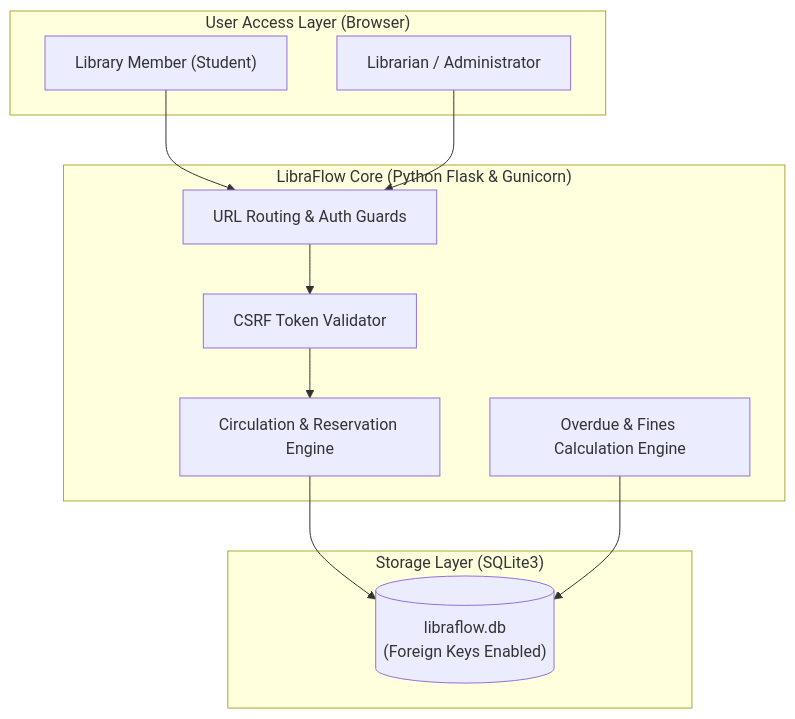
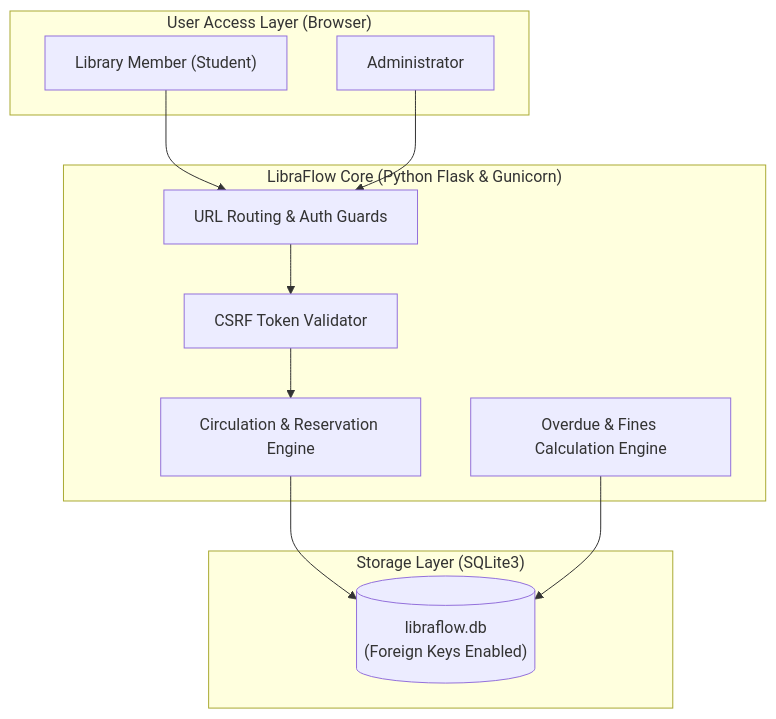
One commit to Areena-mariya-saji/LibraFlow changed the diagram in README.md. Above: the diagram before and after it, drawn with Mermaid. The commit also changed other lines of this file and 17 other files, not shown here.

Commit message:
feat: streamline to two-portal architecture (Admin and Student), remove demo label and librarian role

````diff
--- a/README.md
+++ b/README.md
@@ -125,25 +124,25 @@
 ```mermaid
 flowchart TD
     subgraph ClientLayer["User Access Layer (Browser)"]
         Member["Library Member (Student)"]
-        Librarian["Librarian / Administrator"]
+        Admin["Administrator"]
     end
 
     subgraph AppLayer["LibraFlow Core (Python Flask & Gunicorn)"]
         Router["URL Routing & Auth Guards"]
         CSRF["CSRF Token Validator"]
         CirculationEngine["Circulation & Reservation Engine"]
         OverdueCron["Overdue & Fines Calculation Engine"]
     end
 
     subgraph PersistenceLayer["Storage Layer (SQLite3)"]
         DB[("libraflow.db\n(Foreign Keys Enabled)")]
     end
 
     Member --> Router
-    Librarian --> Router
+    Admin --> Router
     Router --> CSRF
     CSRF --> CirculationEngine
     CirculationEngine --> DB
     OverdueCron --> DB
 ```
````
